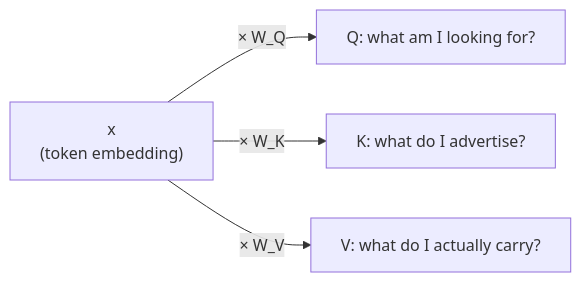
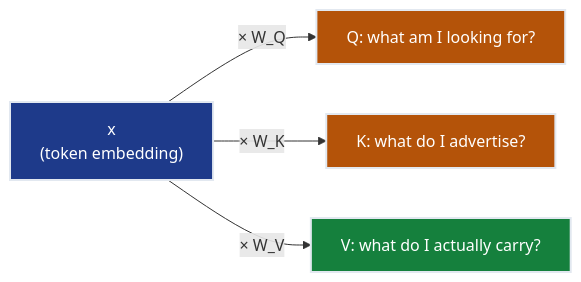
One commit to deepakshamsft/ai-portfolio changed the third of 4 diagrams in notes/ML/03_neural_networks/ch09_sequences_to_attention/README.md. Above: the diagram before and after it, drawn with Mermaid. The commit also changed other lines of this file and 41 other files, not shown here.

````diff
--- a/notes/ML/03_neural_networks/ch09_sequences_to_attention/README.md
+++ b/notes/ML/03_neural_networks/ch09_sequences_to_attention/README.md
@@ -261,6 +289,11 @@
 ```mermaid
 flowchart LR
- X["x<br/>(token embedding)"] -->|"× W_Q"| Q["Q: what am I looking for?"]
- X -->|"× W_K"| K["K: what do I advertise?"]
- X -->|"× W_V"| V["V: what do I actually carry?"]
+    X["x<br/>(token embedding)"] -->|"× W_Q"| Q["Q: what am I looking for?"]
+    X -->|"× W_K"| K["K: what do I advertise?"]
+    X -->|"× W_V"| V["V: what do I actually carry?"]
+    
+    style X fill:#1e3a8a,stroke:#e2e8f0,stroke-width:2px,color:#ffffff
+    style Q fill:#b45309,stroke:#e2e8f0,stroke-width:2px,color:#ffffff
+    style K fill:#b45309,stroke:#e2e8f0,stroke-width:2px,color:#ffffff
+    style V fill:#15803d,stroke:#e2e8f0,stroke-width:2px,color:#ffffff
 ```
````
